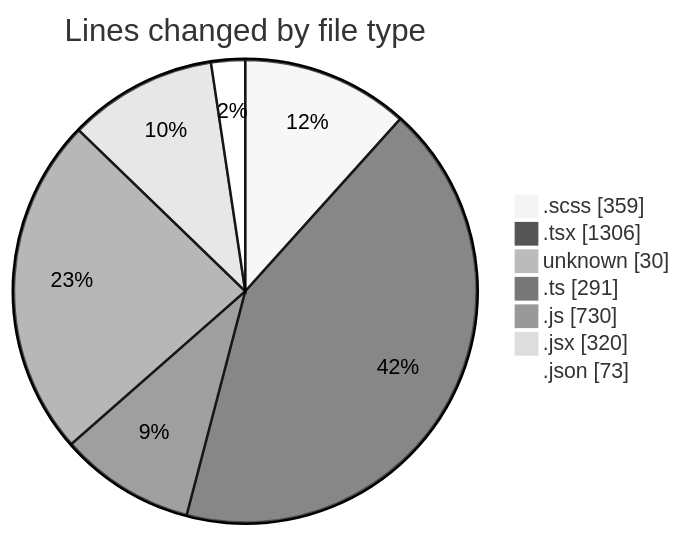
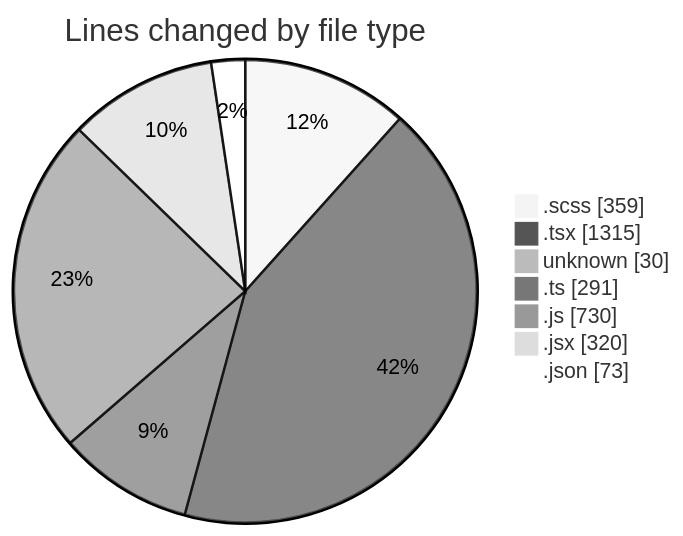
The first of 2 diagrams in 2025-03-05/cda/README.md (momahboobian/code-tracking), drawn with Mermaid (neutral theme) before and after one commit. The commit also changed other lines of this file and 1 other file, not shown here.

````diff
--- a/2025-03-05/cda/README.md
+++ b/2025-03-05/cda/README.md
@@ -45,11 +45,11 @@
 ```mermaid
 pie showData
 title Lines changed by file type
 ".scss" : 359
-".tsx" : 1306
+".tsx" : 1315
 "unknown" : 30
 ".ts" : 291
 ".js" : 730
 ".jsx" : 320
 ".json" : 73
 ```
````
